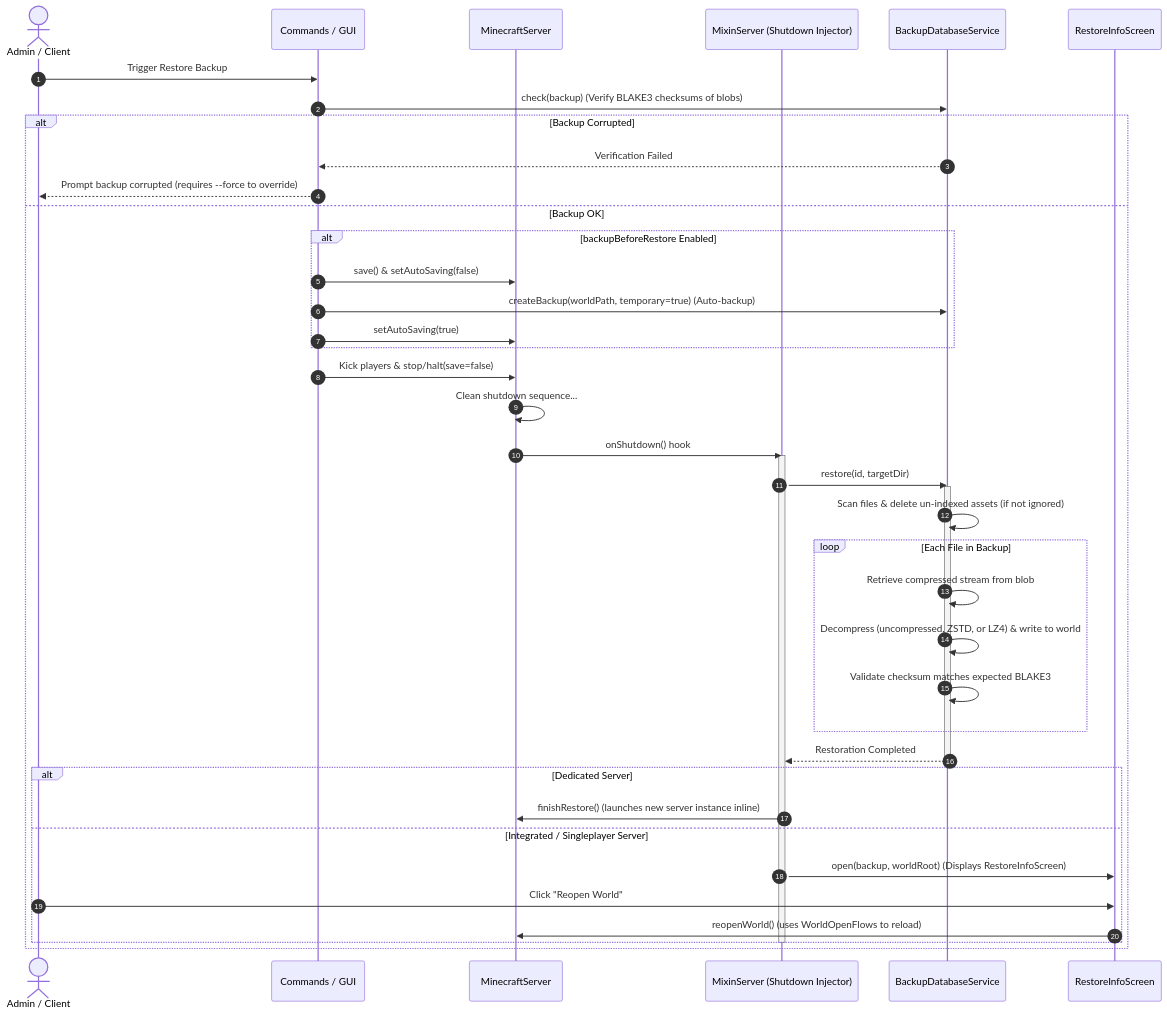
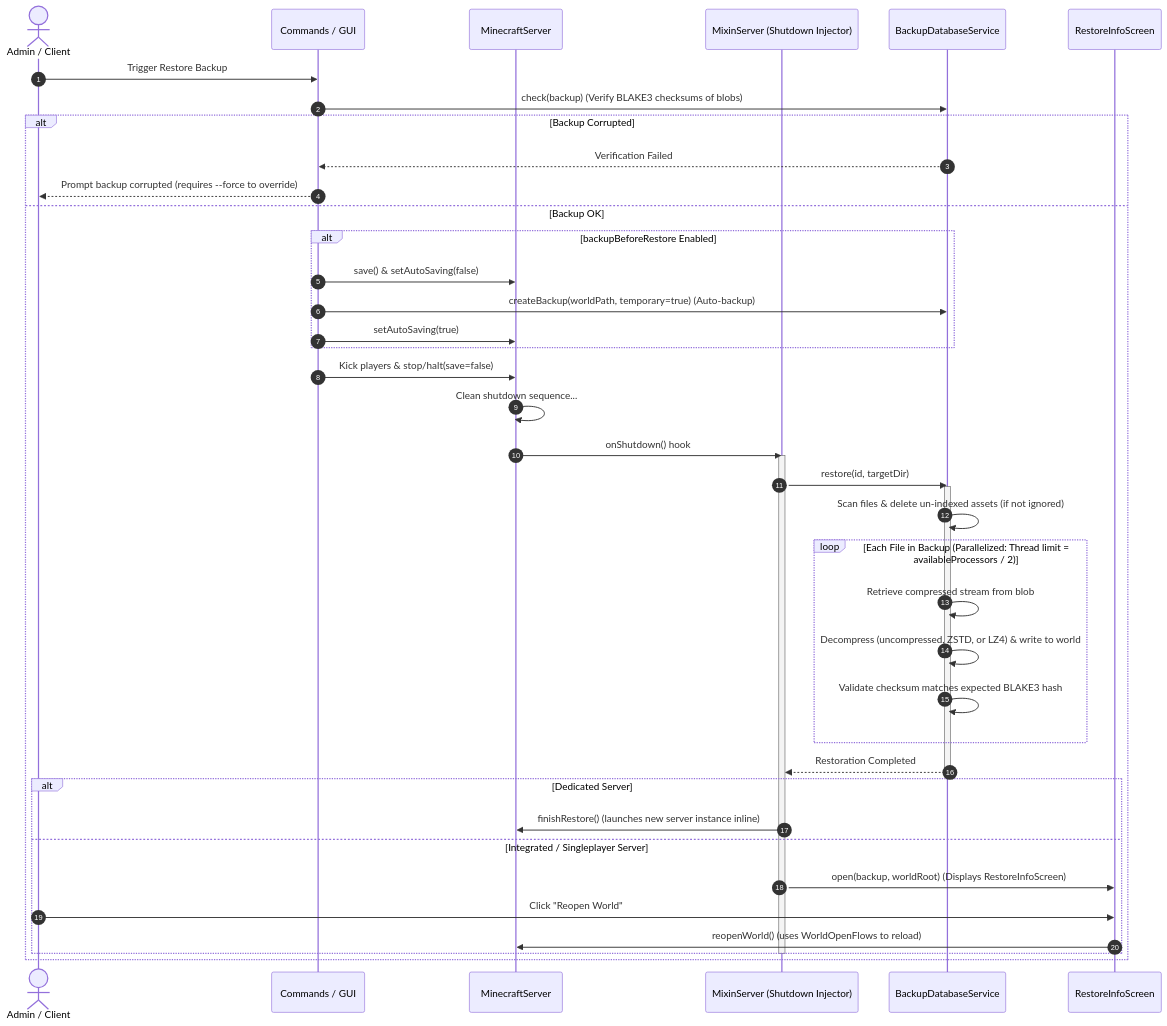
The third of 4 diagrams in project_map.md (lnminh1411/x-backup), drawn with Mermaid before and after one commit. The commit also changed other lines of this file and 9 other files, not shown here.

````diff
--- a/project_map.md
+++ b/project_map.md
@@ -158,48 +172,48 @@
 ```mermaid
 sequenceDiagram
     autonumber
     actor Admin as Admin / Client
     participant Cmd as Commands / GUI
     participant MS as MinecraftServer
     participant Mixin as MixinServer (Shutdown Injector)
     participant DB as BackupDatabaseService
     participant GUI as RestoreInfoScreen
 
     Admin->>Cmd: Trigger Restore Backup #ID
     Cmd->>DB: check(backup) (Verify BLAKE3 checksums of blobs)
     
     alt Backup Corrupted
         DB-->>Cmd: Verification Failed
         Cmd-->>Admin: Prompt backup corrupted (requires --force to override)
     else Backup OK
         alt backupBeforeRestore Enabled
             Cmd->>MS: save() & setAutoSaving(false)
             Cmd->>DB: createBackup(worldPath, temporary=true) (Auto-backup)
             Cmd->>MS: setAutoSaving(true)
         end
         
         Cmd->>MS: Kick players & stop/halt(save=false)
         MS->>MS: Clean shutdown sequence...
         MS->>Mixin: onShutdown() hook
         activate Mixin
         Mixin->>DB: restore(id, targetDir)
         activate DB
         DB->>DB: Scan files & delete un-indexed assets (if not ignored)
-        loop Each File in Backup
+        loop Each File in Backup (Parallelized: Thread limit = availableProcessors / 2)
             DB->>DB: Retrieve compressed stream from blob
             DB->>DB: Decompress (uncompressed, ZSTD, or LZ4) & write to world
-            DB->>DB: Validate checksum matches expected BLAKE3
+            DB->>DB: Validate checksum matches expected BLAKE3 hash
         end
         DB-->>Mixin: Restoration Completed
         deactivate DB
         
         alt Dedicated Server
             Mixin->>MS: finishRestore() (launches new server instance inline)
         else Integrated / Singleplayer Server
             Mixin->>GUI: open(backup, worldRoot) (Displays RestoreInfoScreen)
             Admin->>GUI: Click "Reopen World"
             GUI->>MS: reopenWorld() (uses WorldOpenFlows to reload)
         end
         deactivate Mixin
     end
 ```
````
